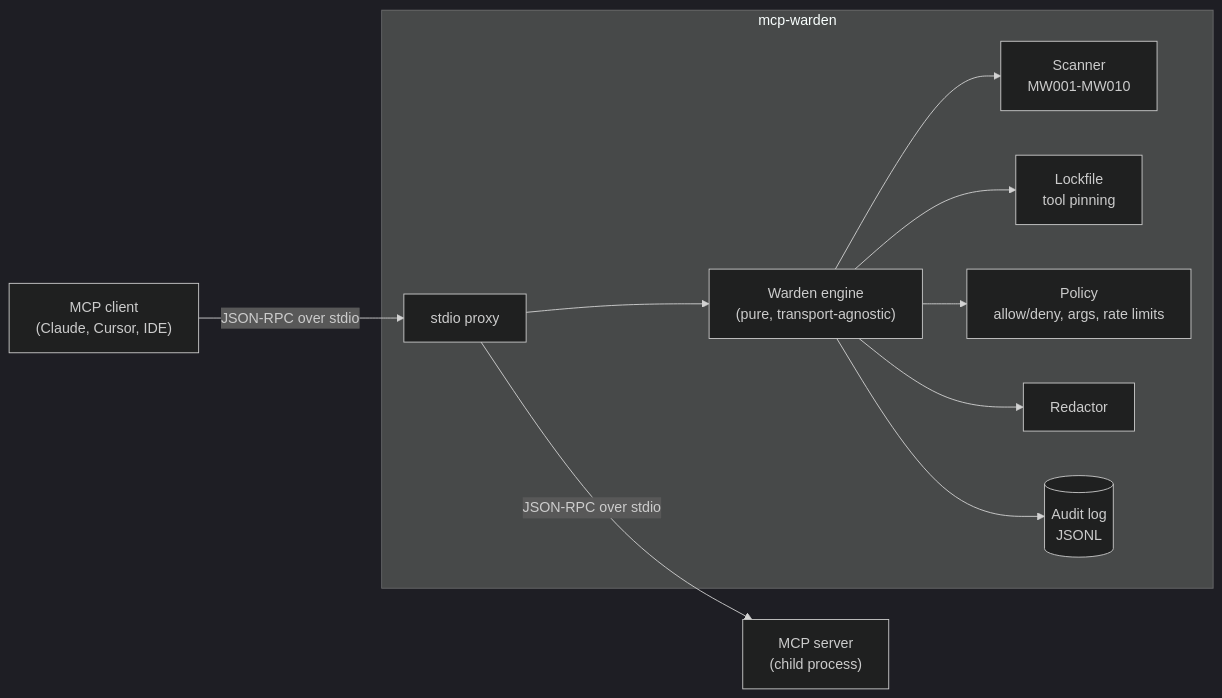
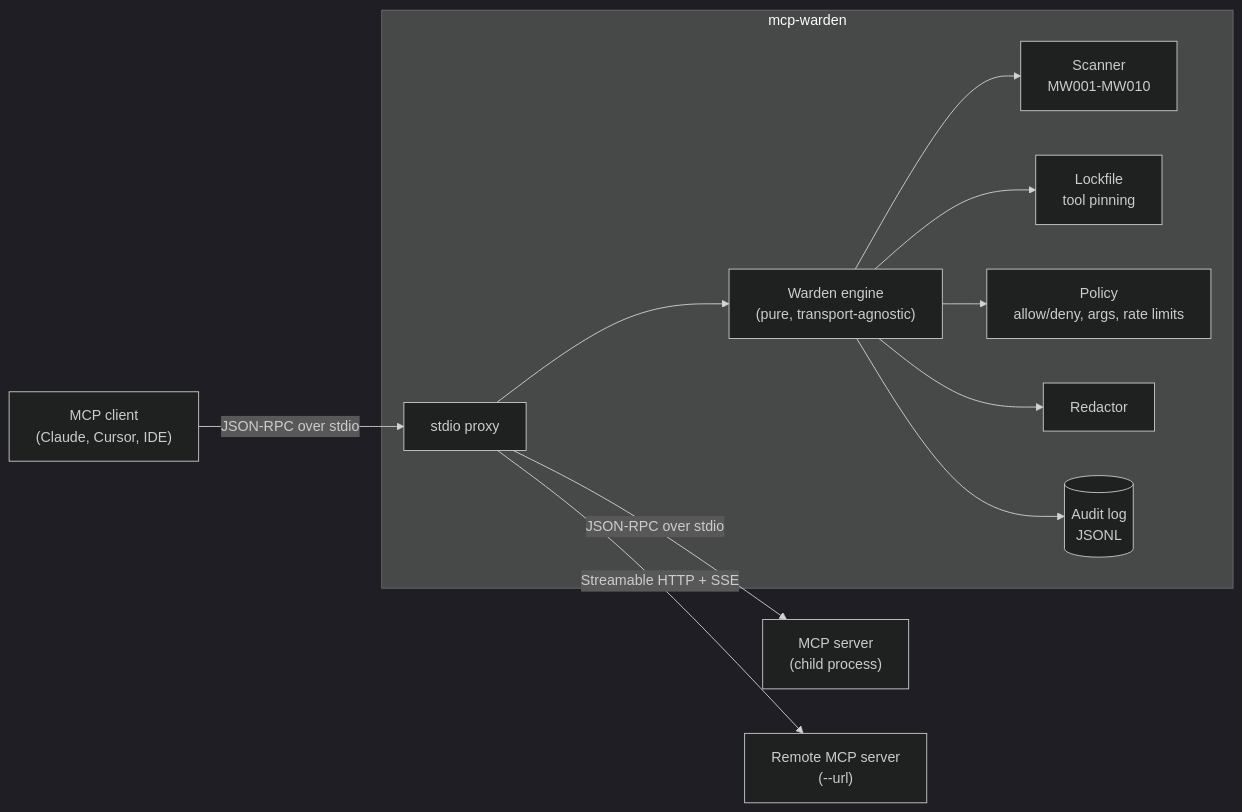
The diagram in README.md (hasnat23/mcp-warden), drawn with Mermaid (dark theme) before and after one commit. The commit also changed other lines of this file and 3 other files, not shown here.

Commit message:
Test the HTTP bridge against a local server and document remote servers

````diff
--- a/README.md
+++ b/README.md
@@ -38,13 +38,14 @@
 ```mermaid
 flowchart LR
     C["MCP client<br/>(Claude, Cursor, IDE)"] -- "JSON-RPC over stdio" --> P
     subgraph W["mcp-warden"]
         P["stdio proxy"] --> E["Warden engine<br/>(pure, transport-agnostic)"]
         E --> S["Scanner<br/>MW001-MW010"]
         E --> L["Lockfile<br/>tool pinning"]
         E --> R["Policy<br/>allow/deny, args, rate limits"]
         E --> X["Redactor"]
         E --> A[("Audit log<br/>JSONL")]
     end
     P -- "JSON-RPC over stdio" --> S1["MCP server<br/>(child process)"]
+    P -- "Streamable HTTP + SSE" --> S2["Remote MCP server<br/>(--url)"]
 ```
````
